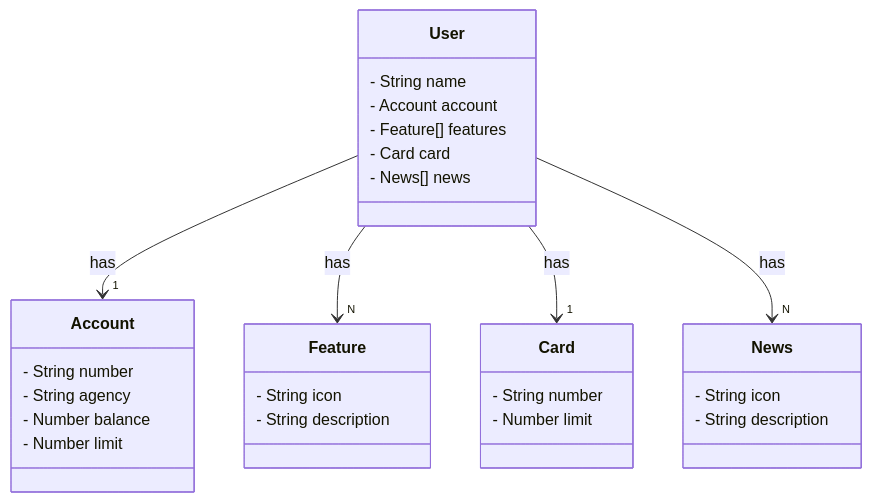
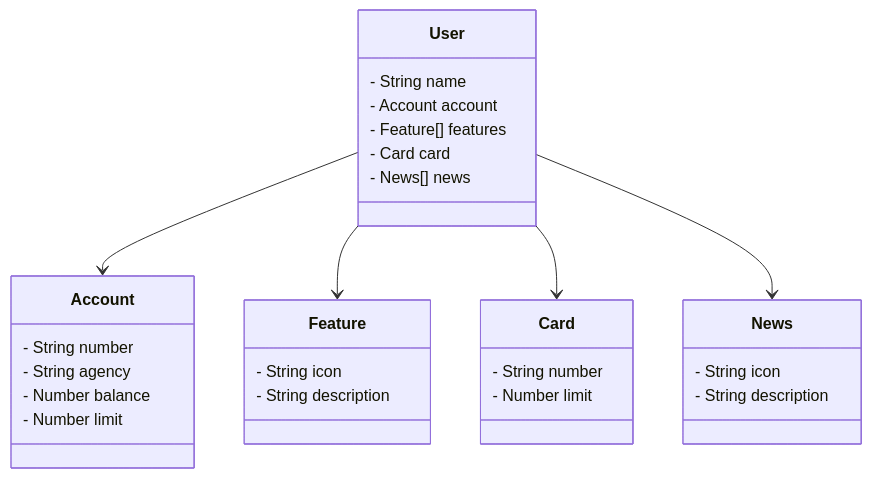
The diagram in README.md (MateusAntony/Santander-dev-week), drawn with Mermaid before and after one commit.

````diff
--- a/README.md
+++ b/README.md
@@ -7,37 +7,37 @@
 ```mermaid
 classDiagram
     class User {
         - String name
         - Account account
         - Feature[] features
         - Card card
         - News[] news
     }
     
     class Account {
         - String number
         - String agency
         - Number balance
         - Number limit
     }
 
     class Feature {
         - String icon
         - String description
     }
 
     class Card {
         - String number
         - Number limit
     }
 
     class News {
         - String icon
         - String description
     }
 
-    User --> "1" Account : has
-    User --> "N" Feature : has
-    User --> "1" Card : has
-    User --> "N" News : has
+    User -->  Account  
+    User -->  Feature 
+    User -->  Card 
+    User -->  News 
 ```
````
